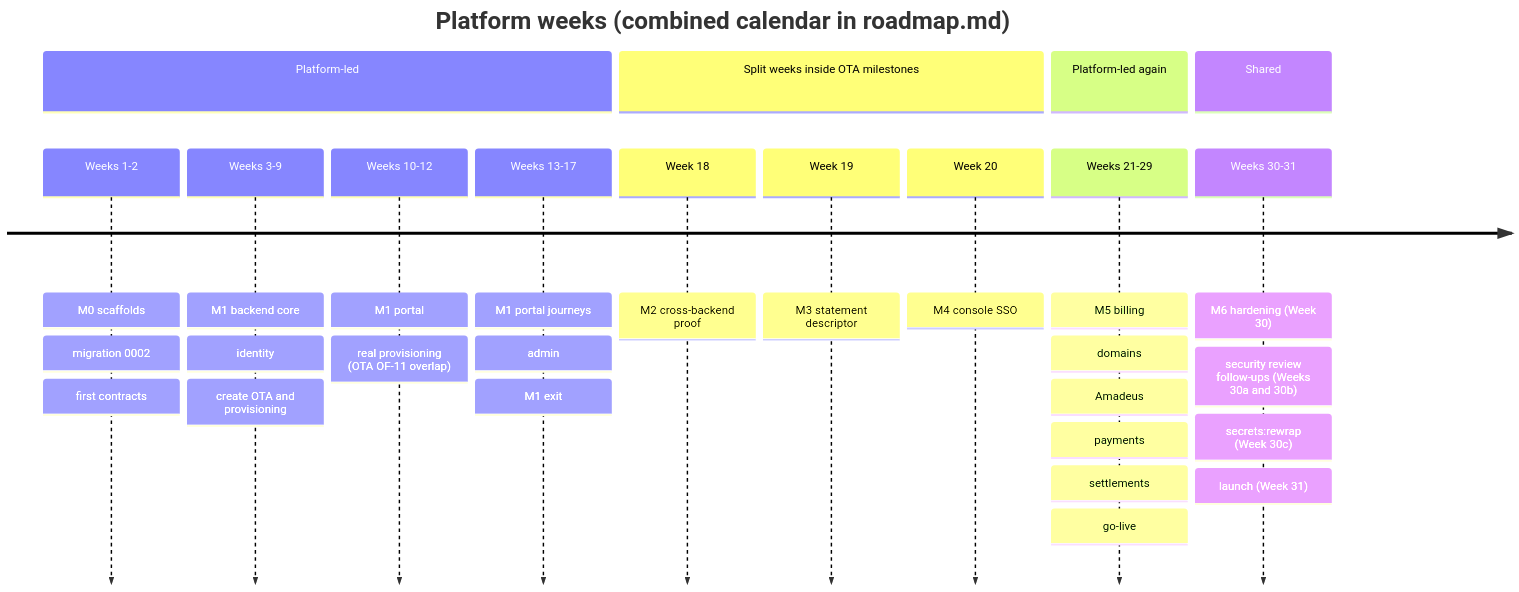
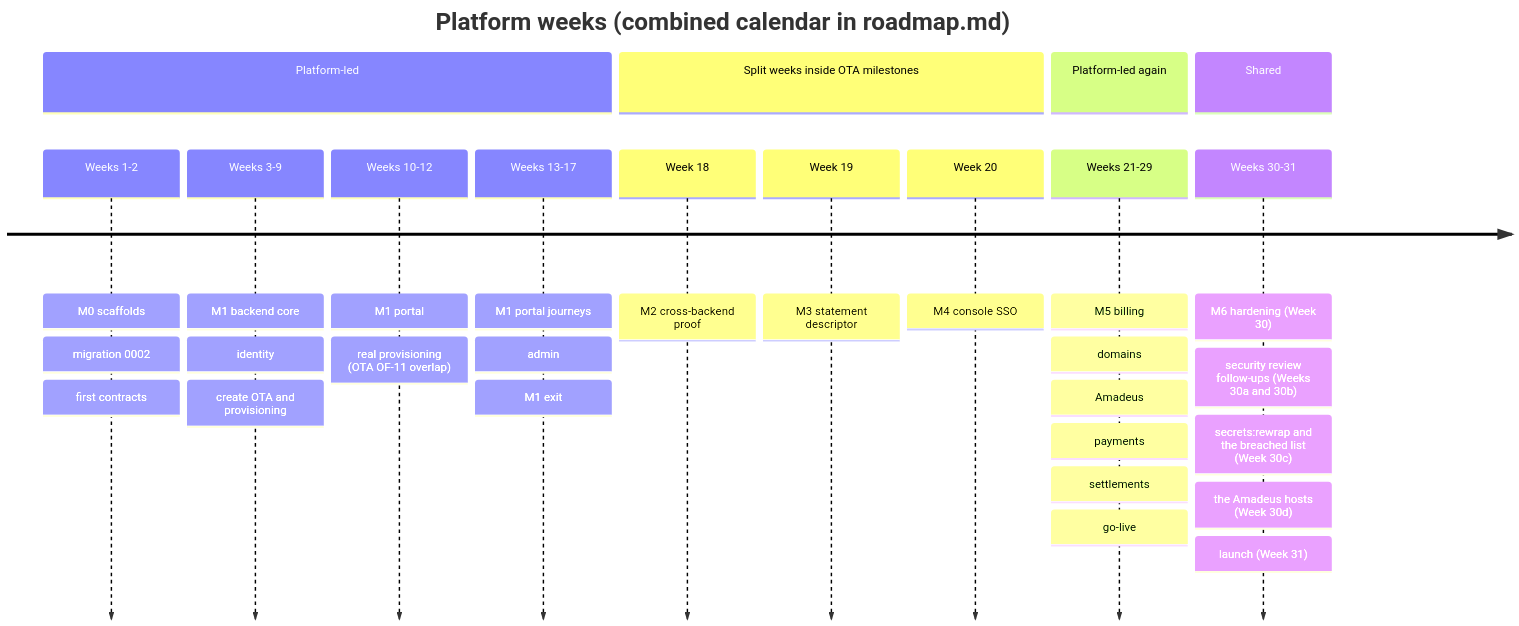
Before and after one commit to bhagwati-prasad/velexis-ota: the diagram in platform/docs/plans/solo-developer-plan.md, drawn with Mermaid. The commit also changed other lines of this file and 25 other files, not shown here.

First line of the commit message:
fix: plan the breached-list, Amadeus host, shared refresh, sync share and phone menu tasks, blank WAF query values before shipping, and require the real-nftables checks in CI

````diff
--- a/platform/docs/plans/solo-developer-plan.md
+++ b/platform/docs/plans/solo-developer-plan.md
@@ -61,17 +62,17 @@
 ```mermaid
 timeline
   title Platform weeks (combined calendar in roadmap.md)
   section Platform-led
     Weeks 1-2 : M0 scaffolds : migration 0002 : first contracts
     Weeks 3-9 : M1 backend core : identity : create OTA and provisioning
     Weeks 10-12 : M1 portal : real provisioning (OTA OF-11 overlap)
     Weeks 13-17 : M1 portal journeys : admin : M1 exit
   section Split weeks inside OTA milestones
     Week 18 : M2 cross-backend proof
     Week 19 : M3 statement descriptor
     Week 20 : M4 console SSO
   section Platform-led again
     Weeks 21-29 : M5 billing : domains : Amadeus : payments : settlements : go-live
   section Shared
-    Weeks 30-31 : M6 hardening (Week 30) : security review follow-ups (Weeks 30a and 30b) : secrets:rewrap (Week 30c) : launch (Week 31)
+    Weeks 30-31 : M6 hardening (Week 30) : security review follow-ups (Weeks 30a and 30b) : secrets:rewrap and the breached list (Week 30c) : the Amadeus hosts (Week 30d) : launch (Week 31)
 ```
````
